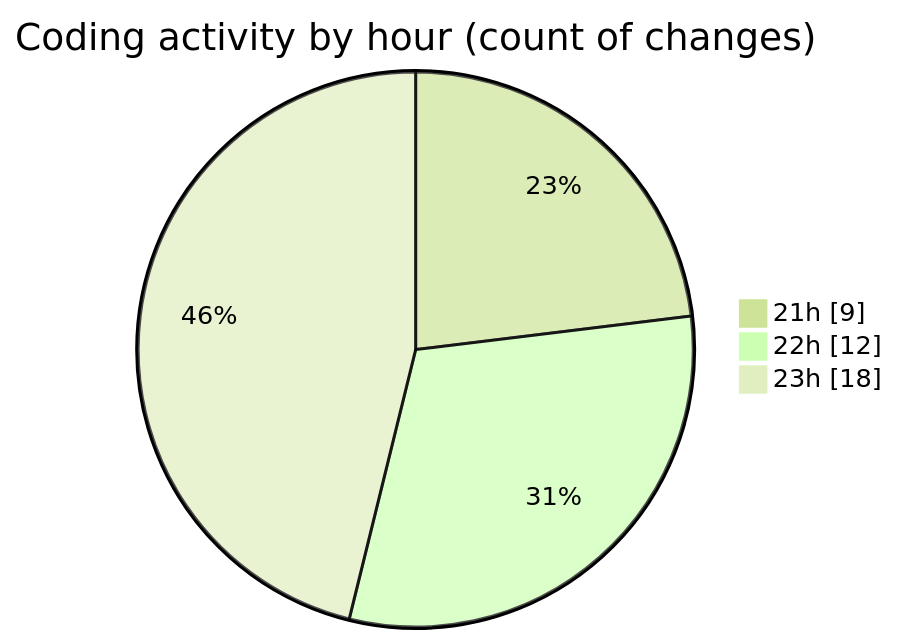
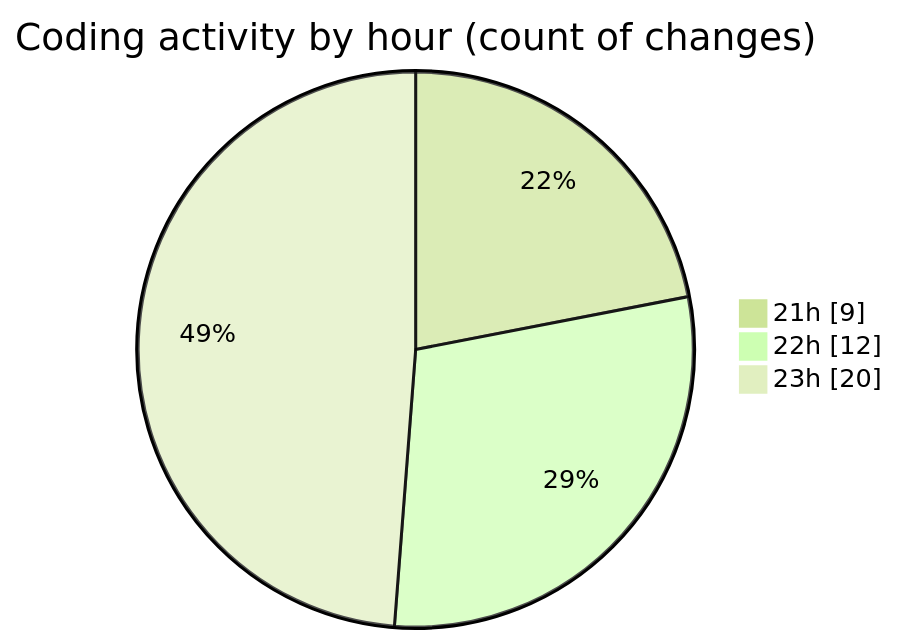
One commit to idhammustaqopulfikri/code-tracking changed the second of 2 diagrams in 2025-03-29/autodidak/README.md. Above: the diagram before and after it, drawn with Mermaid (forest theme). The commit also changed other lines of this file and 1 other file, not shown here.

````diff
--- a/2025-03-29/autodidak/README.md
+++ b/2025-03-29/autodidak/README.md
@@ -37,7 +37,7 @@
 ```mermaid
 pie showData
 title Coding activity by hour (count of changes)
 "21h" : 9
 "22h" : 12
-"23h" : 18
+"23h" : 20
 ```
````
